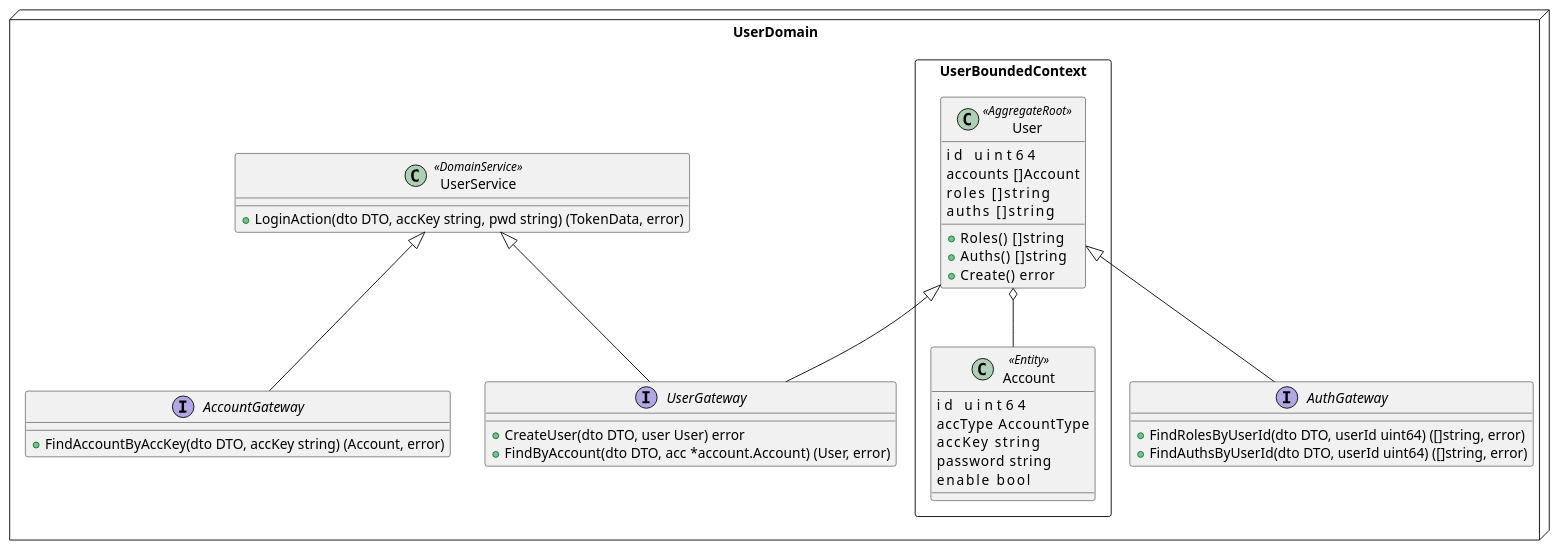
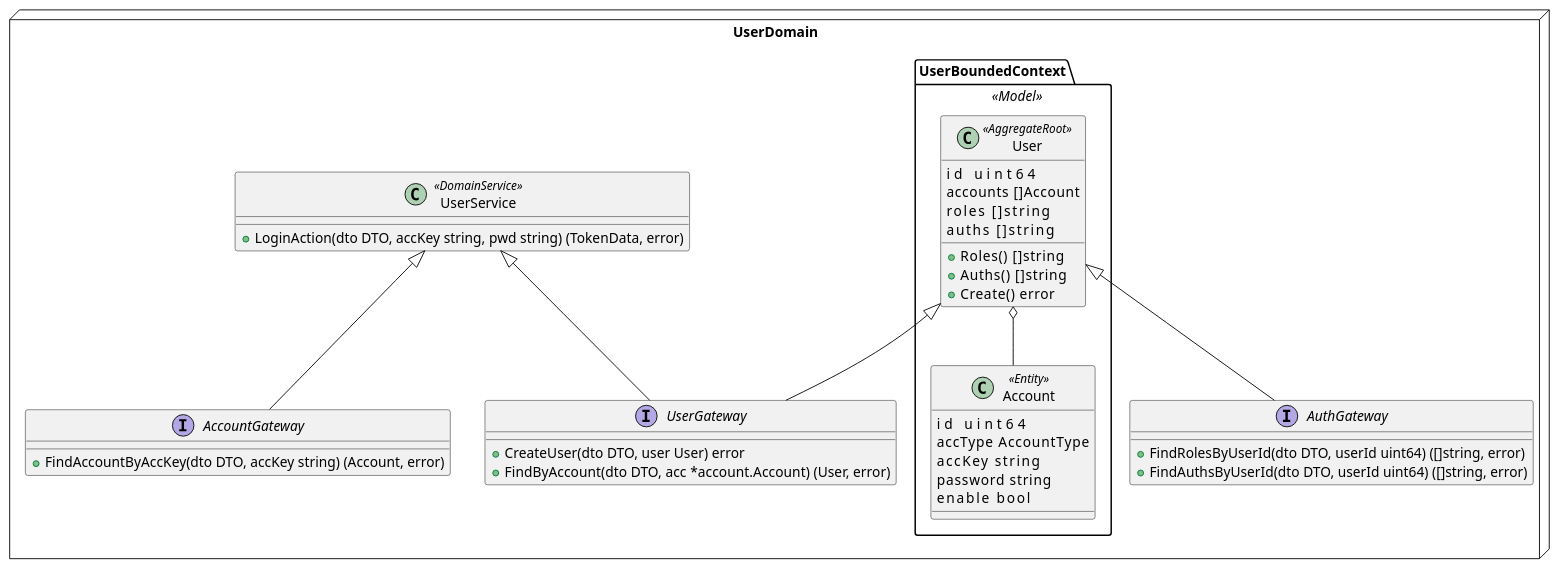
The diagram in doc/user-domain.puml (zhanjunjie2019/colago), drawn with PlantUML before and after one commit. The commit also changed 2 other files, not shown here.

```diff
--- a/doc/user-domain.puml
+++ b/doc/user-domain.puml
@@ -1,41 +1,41 @@
 @startuml
 namespace UserDomain<<Node>>{
-    namespace UserBoundedContext<<Rectangle>>{
+    namespace UserBoundedContext<<Model>>{
         class User<<AggregateRoot>>{
             id          uint64
             accounts    []Account
             roles       []string
             auths       []string
             +Roles()    []string
             +Auths()    []string
             +Create()   error
         }
         class Account<<Entity>>{
             id          uint64
             accType     AccountType
             accKey      string
             password    string
             enable      bool
         }
         User o-- Account
         User <|-- UserDomain.UserGateway
         User <|-- UserDomain.AuthGateway
     }
     class UserService<<DomainService>>{
         +LoginAction(dto DTO, accKey string, pwd string) (TokenData, error)
     }
     interface UserGateway{
         +CreateUser(dto DTO, user User) error
         +FindByAccount(dto DTO, acc *account.Account) (User, error)
     }
     interface AccountGateway{
         +FindAccountByAccKey(dto DTO, accKey string) (Account, error)
     }
     interface AuthGateway{
         +FindRolesByUserId(dto DTO, userId uint64) ([]string, error)
 	    +FindAuthsByUserId(dto DTO, userId uint64) ([]string, error)
     }
     UserService <|-- AccountGateway
     UserService <|-- UserGateway
 }
 @enduml
```
